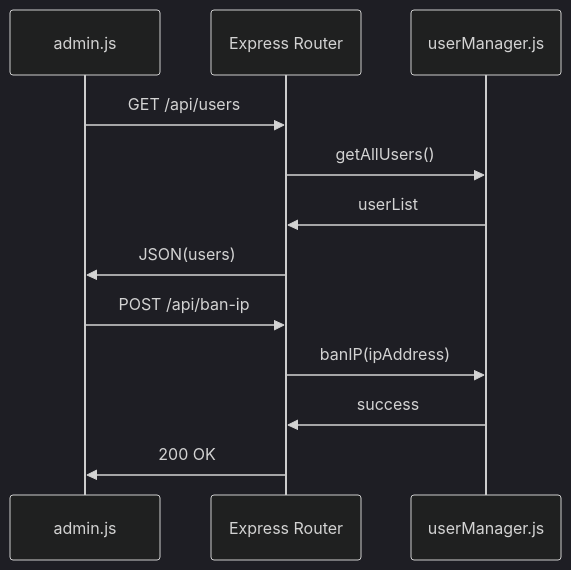
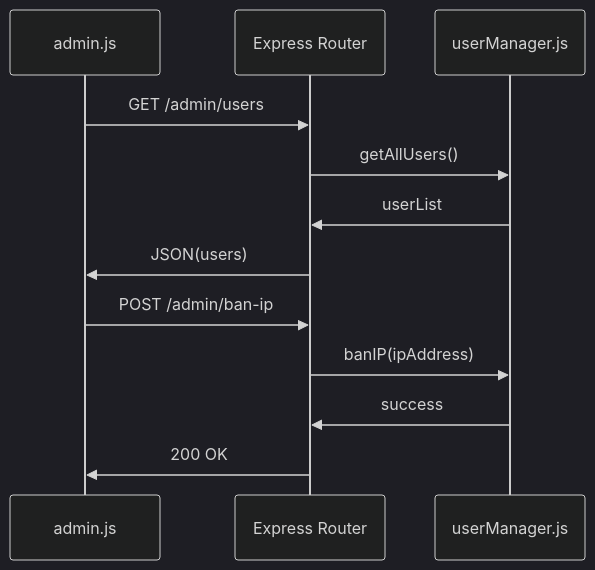
Before and after one commit to Verteilte-Systeme-WWII23/Chat: the second of 5 diagrams in dokumentation_dev.md, drawn with Mermaid (dark theme). The commit also changed other lines of this file and 1 other file, not shown here.

````diff
--- a/dokumentation_dev.md
+++ b/dokumentation_dev.md
@@ -72,16 +72,16 @@
 ```mermaid
 sequenceDiagram
     participant Admin as admin.js
     participant API as Express Router
     participant UM as userManager.js
     
-    Admin->>API: GET /api/users
+    Admin->>API: GET /admin/users
     API->>UM: getAllUsers()
     UM->>API: userList
     API->>Admin: JSON(users)
     
-    Admin->>API: POST /api/ban-ip
+    Admin->>API: POST /admin/ban-ip
     API->>UM: banIP(ipAddress)
     UM->>API: success
     API->>Admin: 200 OK
 ```
````
